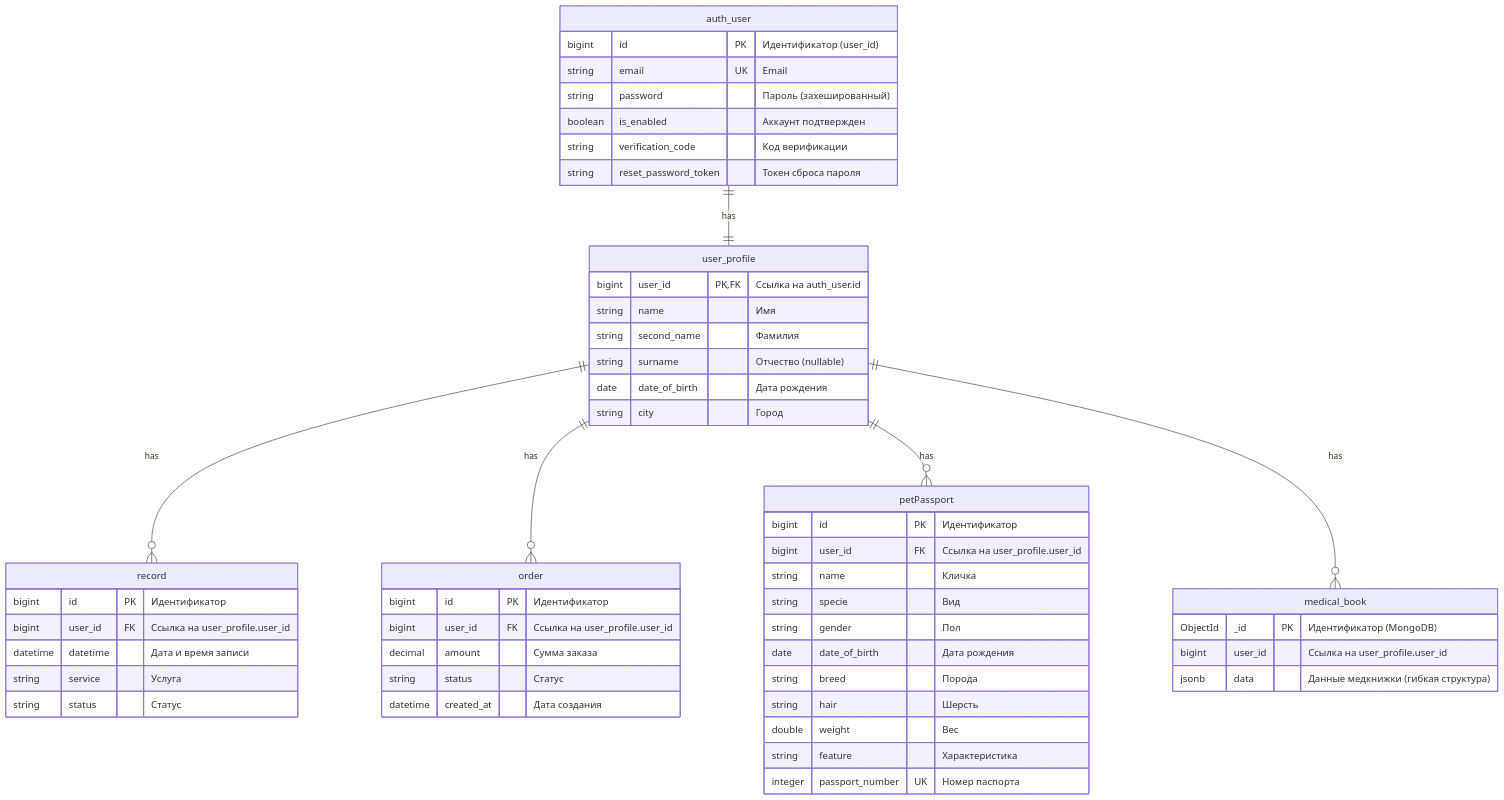
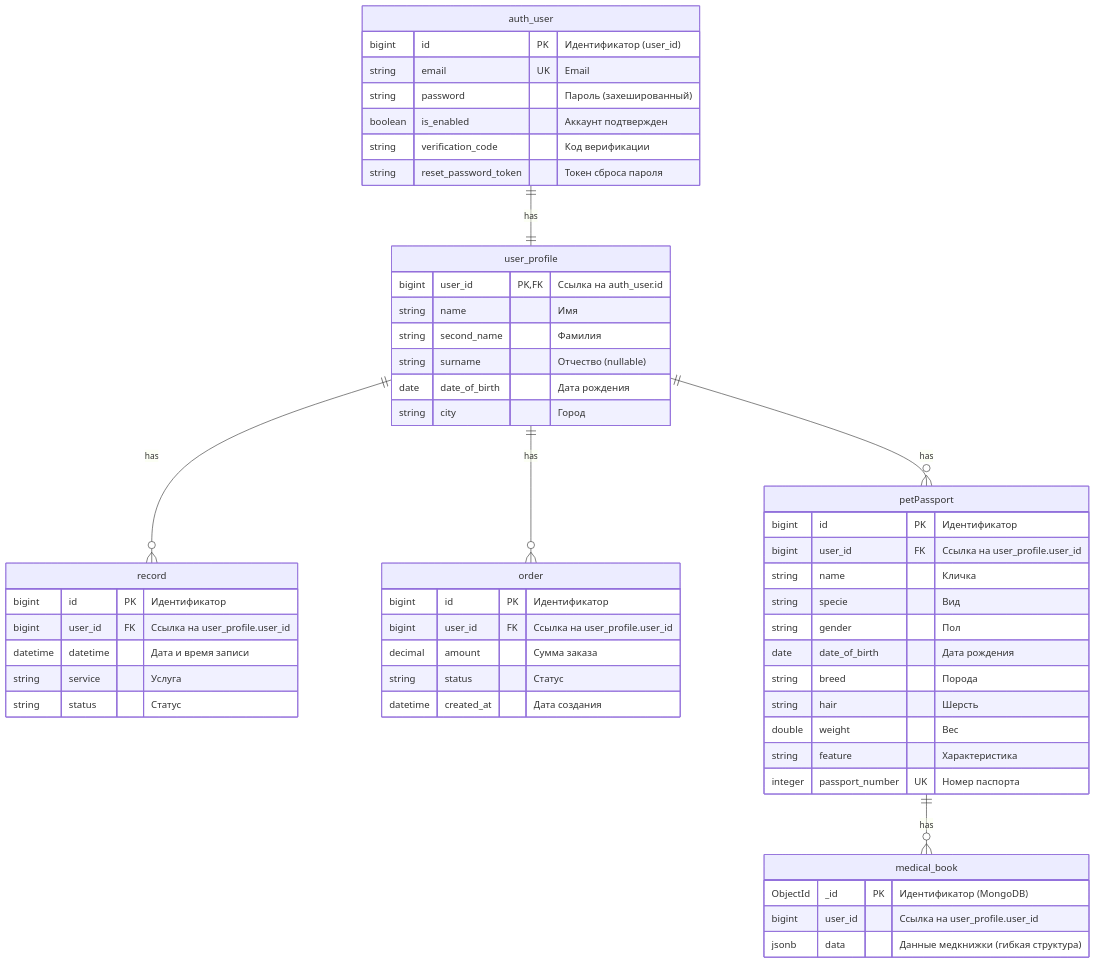
The first of 2 diagrams in README.md (rootmarkexe/diagramms), drawn with Mermaid before and after one commit.

````diff
--- a/README.md
+++ b/README.md
@@ -5,62 +5,62 @@
 ```mermaid
 erDiagram
   auth_user ||--|| user_profile : has
     user_profile ||--o{ record : has
     user_profile ||--o{ order : has
     user_profile ||--o{ petPassport : has
-    user_profile ||--o{ medical_book : has
+    petPassport ||--o{ medical_book : has
 
     auth_user {
         bigint id PK "Идентификатор (user_id)"
         string email UK "Email"
         string password "Пароль (захешированный)"
         boolean is_enabled "Аккаунт подтвержден"
         string verification_code "Код верификации"
         string reset_password_token "Токен сброса пароля"
     }
 
     user_profile {
         bigint user_id PK,FK "Ссылка на auth_user.id"
         string name "Имя"
         string second_name "Фамилия"
         string surname "Отчество (nullable)"
         date date_of_birth "Дата рождения"
         string city "Город"
     }
 
     record {
         bigint id PK "Идентификатор"
         bigint user_id FK "Ссылка на user_profile.user_id"
         datetime datetime "Дата и время записи"
         string service "Услуга"
         string status "Статус"
     }
 
     order {
         bigint id PK "Идентификатор"
         bigint user_id FK "Ссылка на user_profile.user_id"
         decimal amount "Сумма заказа"
         string status "Статус"
         datetime created_at "Дата создания"
     }
 
     petPassport {
         bigint id PK "Идентификатор"
         bigint user_id FK "Ссылка на user_profile.user_id"
         string name "Кличка"
         string specie "Вид"
         string gender "Пол"
         date date_of_birth "Дата рождения"
         string breed "Порода"
         string hair "Шерсть"
         double weight "Вес"
         string feature "Характеристика"
         integer passport_number UK "Номер паспорта"
     }
 
     medical_book {
         ObjectId _id PK "Идентификатор (MongoDB)"
         bigint user_id "Ссылка на user_profile.user_id"
         jsonb data "Данные медкнижки (гибкая структура)"
     }
 ```
````
